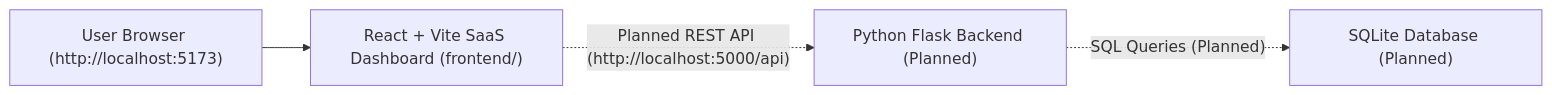
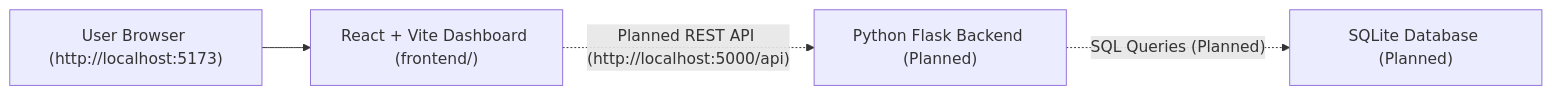
One commit to vedikamande/LifeSync changed the second of 2 diagrams in personname.md. Above: the diagram before and after it, drawn with Mermaid. The commit also changed other lines of this file and 19 other files, not shown here.

````diff
--- a/personname.md
+++ b/personname.md
@@ -101,6 +91,6 @@
 ```mermaid
 flowchart LR
-    User["User Browser (http://localhost:5173)"] --> Frontend["React + Vite SaaS Dashboard (frontend/)"]
+    User["User Browser (http://localhost:5173)"] --> Frontend["React + Vite Dashboard (frontend/)"]
     Frontend -. "Planned REST API (http://localhost:5000/api)" .-> Backend["Python Flask Backend (Planned)"]
     Backend -. "SQL Queries (Planned)" .-> DB["SQLite Database (Planned)"]
 ```
````
